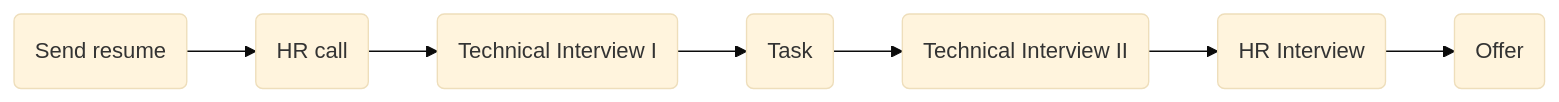
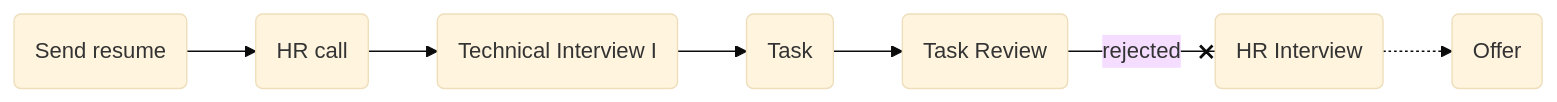
Before and after one commit to mo1ein/jobname: the diagram in src/tabdeal/tabdeal.md, drawn with Mermaid (base theme). The commit also changed other lines of this file and 10 other files, not shown here.

````diff
--- a/src/tabdeal/tabdeal.md
+++ b/src/tabdeal/tabdeal.md
@@ -7,4 +7,4 @@
 ```mermaid
 flowchart LR
-    sr(Send resume) --> hr(HR call) --> ti(Technical Interview I) --> task(Task)--> ti2(Technical Interview II) --> hr2(HR Interview)--> o(Offer)
+    sr(Send resume) --> hr(HR call) --> ti(Technical Interview I) --> task(Task)--> ti2(Task Review) --rejected--x hr2(HR Interview) -.-> o(Offer)
 ```
````
